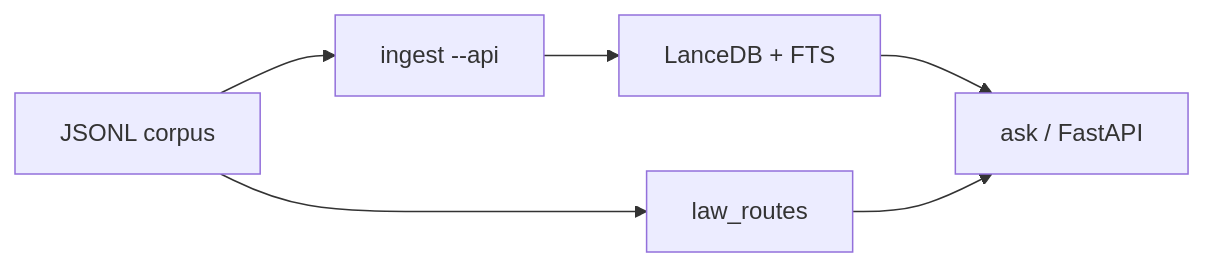
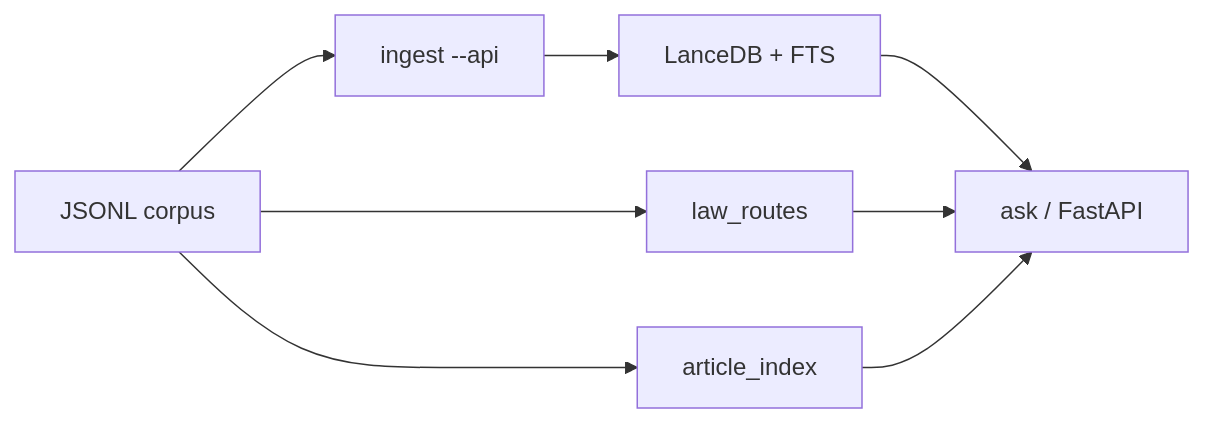
The diagram in docs/ARCHITECTURE.md (sohaibbabajan/iraqi-legislation-rag), drawn with Mermaid before and after one commit. The commit also changed other lines of this file and 9 other files, not shown here.

First line of the commit message:
Add deterministic article index (defines vs mentions) for P0.

````diff
--- a/docs/ARCHITECTURE.md
+++ b/docs/ARCHITECTURE.md
@@ -5,11 +5,14 @@
 ```mermaid
 flowchart LR
   jsonl[JSONL corpus]
   ingest[ingest --api]
   lance[LanceDB + FTS]
   routes[law_routes]
+  art[article_index]
   ask[ask / FastAPI]
   jsonl --> ingest --> lance --> ask
   jsonl --> routes
+  jsonl --> art
   routes --> ask
+  art --> ask
 ```
````
